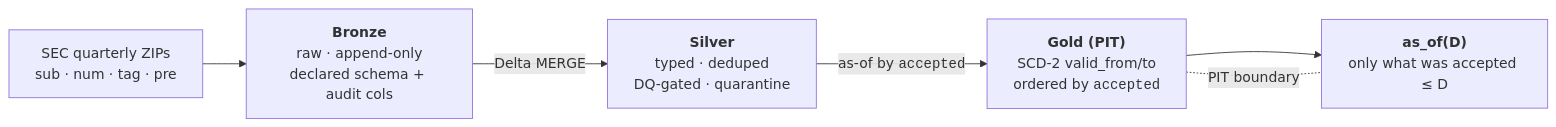
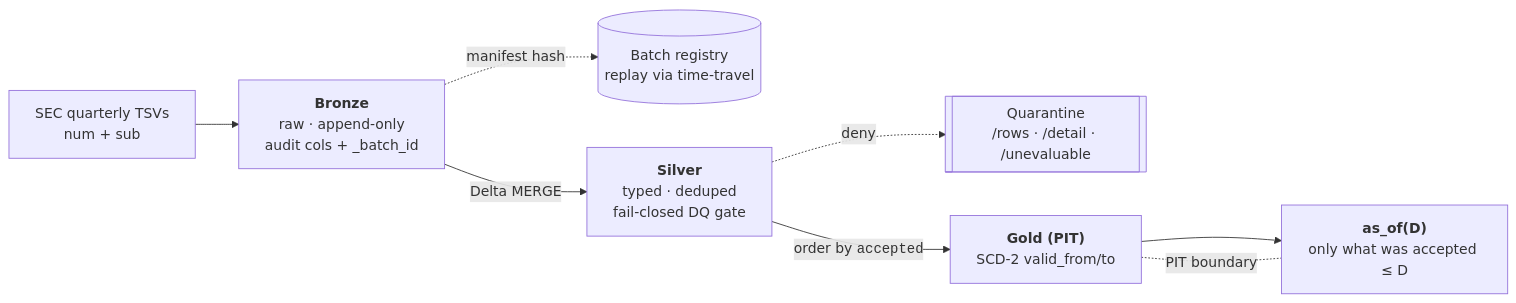
One commit to hossainpazooki/pit-fundamentals-lakehouse changed the diagram in README.md. Above: the diagram before and after it, drawn with Mermaid. The commit also changed other lines of this file, not shown here.

Commit message:
docs: README + diagram for ingest path, quarantine lanes, CI green

````diff
--- a/README.md
+++ b/README.md
@@ -19,13 +19,17 @@
 ```mermaid
 flowchart LR
-  ZIP["SEC quarterly ZIPs<br/>sub · num · tag · pre"] --> B
+  ZIP["SEC quarterly TSVs<br/>num + sub"] --> B
 
-  B["<b>Bronze</b><br/>raw · append-only<br/>declared schema + audit cols"]
+  B["<b>Bronze</b><br/>raw · append-only<br/>audit cols + _batch_id"]
+  B -. "manifest hash" .-> REG[("Batch registry<br/>replay via time-travel")]
   B -->|"Delta MERGE"| S
-  S["<b>Silver</b><br/>typed · deduped<br/>DQ-gated · quarantine"]
-  S -->|"as-of by <code>accepted</code>"| G
-  G["<b>Gold (PIT)</b><br/>SCD-2 valid_from/to<br/>ordered by <code>accepted</code>"]
-  G --> Q["<b>as_of(D)</b><br/>only what was accepted ≤ D"]
 
-  G -. "PIT boundary" .- Q
+  S["<b>Silver</b><br/>typed · deduped<br/>fail-closed DQ gate"]
+  S -. "deny" .-> Q[["Quarantine<br/>/rows · /detail · /unevaluable"]]
+  S -->|"order by <code>accepted</code>"| G
+
+  G["<b>Gold (PIT)</b><br/>SCD-2 valid_from/to"]
+  G --> AO["<b>as_of(D)</b><br/>only what was accepted ≤ D"]
+
+  G -. "PIT boundary" .- AO
 ```
````
